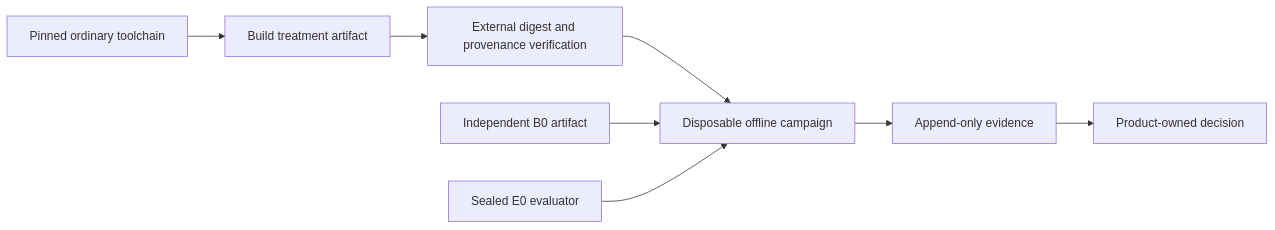
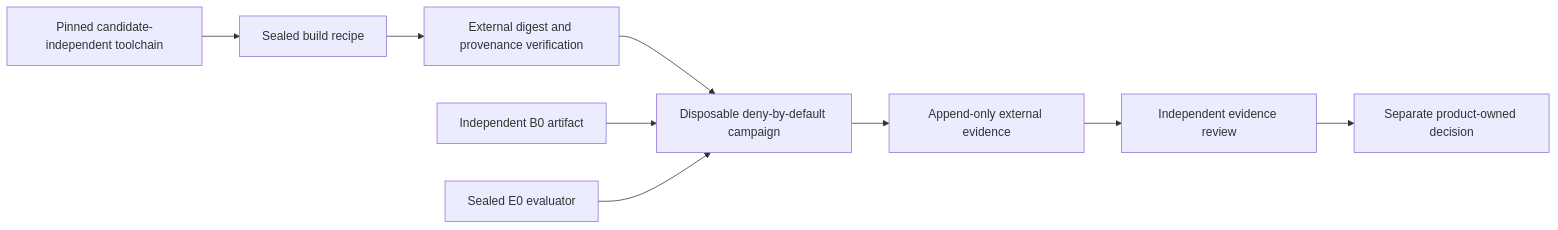
The second of 2 diagrams in docs/architecture/module-system-dogfooding.md (agent-teams-ai/extension-foundation), drawn with Mermaid before and after one commit. The commit also changed other lines of this file and 1 other file, not shown here.

Commit message:
docs(architecture): harden dogfooding evidence boundaries

````diff
--- a/docs/architecture/module-system-dogfooding.md
+++ b/docs/architecture/module-system-dogfooding.md
@@ -132,10 +142,11 @@
 ```mermaid
 flowchart LR
-    Toolchain["Pinned ordinary toolchain"] --> Build["Build treatment artifact"]
+    Toolchain["Pinned candidate-independent toolchain"] --> Build["Sealed build recipe"]
     Build --> Verify["External digest and provenance verification"]
-    Verify --> Offline["Disposable offline campaign"]
-    Baseline["Independent B0 artifact"] --> Offline
-    Evaluation["Sealed E0 evaluator"] --> Offline
-    Offline --> Evidence["Append-only evidence"]
-    Evidence --> Decision["Product-owned decision"]
+    Verify --> Sandbox["Disposable deny-by-default campaign"]
+    Baseline["Independent B0 artifact"] --> Sandbox
+    Evaluation["Sealed E0 evaluator"] --> Sandbox
+    Sandbox --> Evidence["Append-only external evidence"]
+    Evidence --> Review["Independent evidence review"]
+    Review --> Decision["Separate product-owned decision"]
 ```
````
